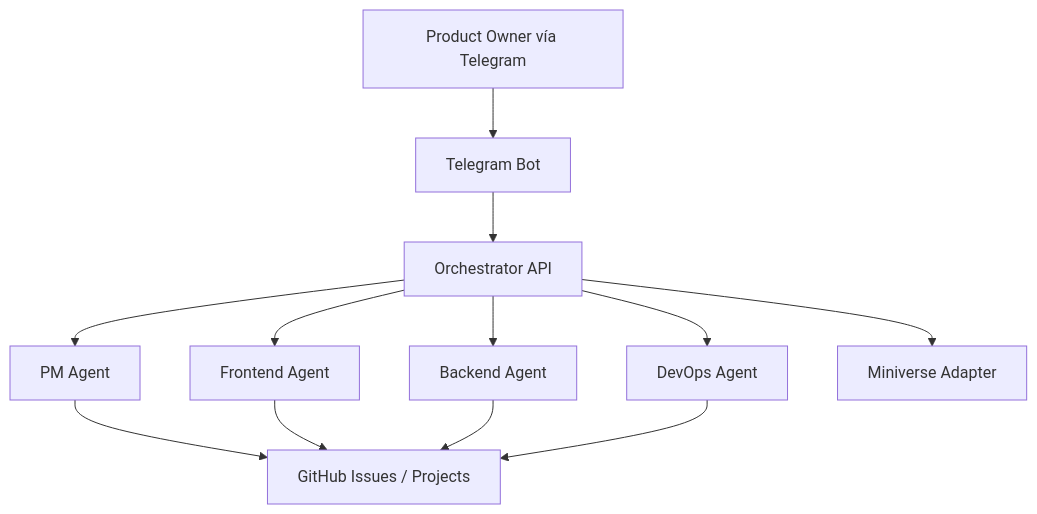
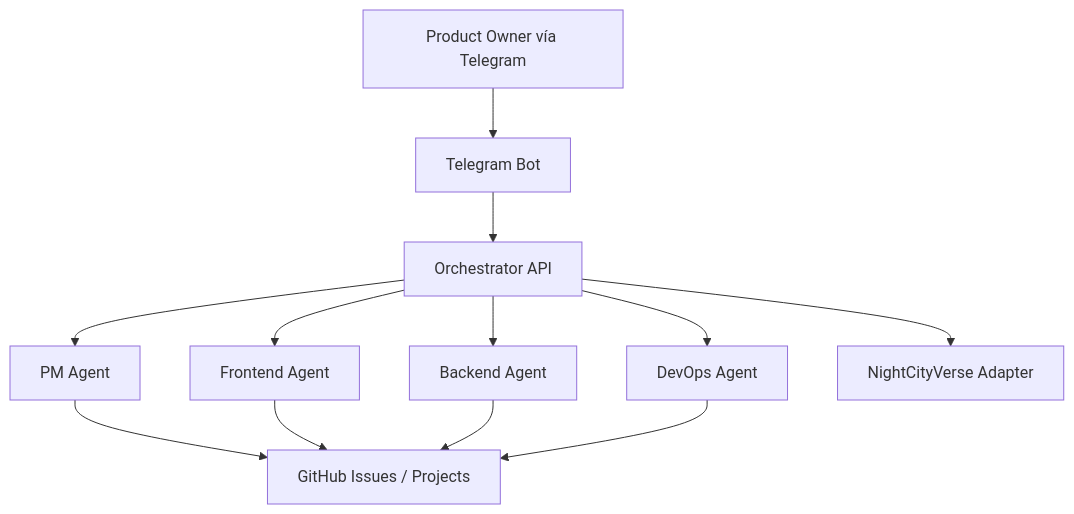
The diagram in README.md (eruizpy/nitrocircus), drawn with Mermaid before and after one commit. The commit also changed other lines of this file and 30 other files, not shown here.

````diff
--- a/README.md
+++ b/README.md
@@ -61,14 +61,14 @@
 ```mermaid
 flowchart TD
     PO[Product Owner vía Telegram] --> TG[Telegram Bot]
     TG --> ORCH[Orchestrator API]
     ORCH --> PM[PM Agent]
     PM --> GH[GitHub Issues / Projects]
     ORCH --> FE[Frontend Agent]
     ORCH --> BE[Backend Agent]
     ORCH --> DO[DevOps Agent]
     FE --> GH
     BE --> GH
     DO --> GH
-    ORCH --> MV[Miniverse Adapter]
+    ORCH --> MV[NightCityVerse Adapter]
 ```
````
